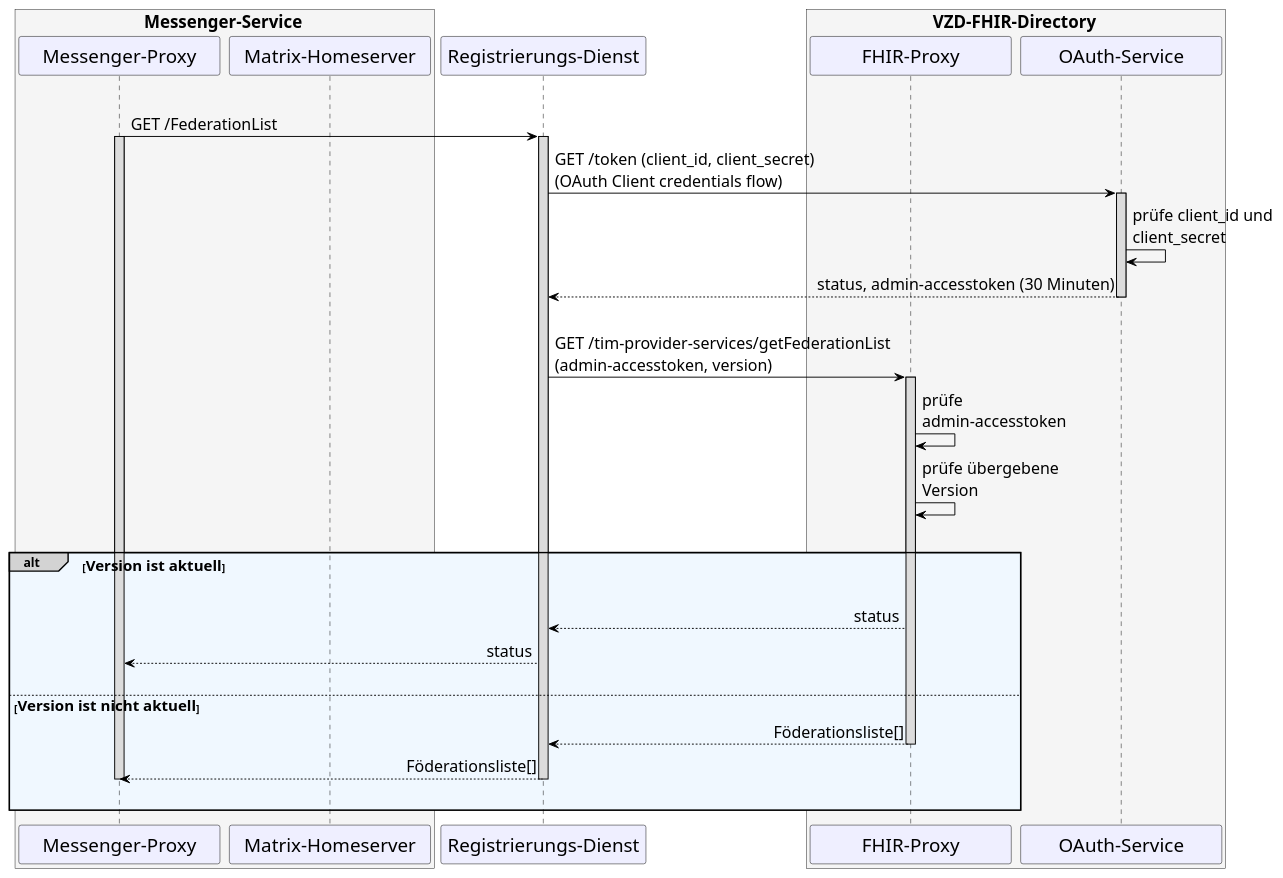
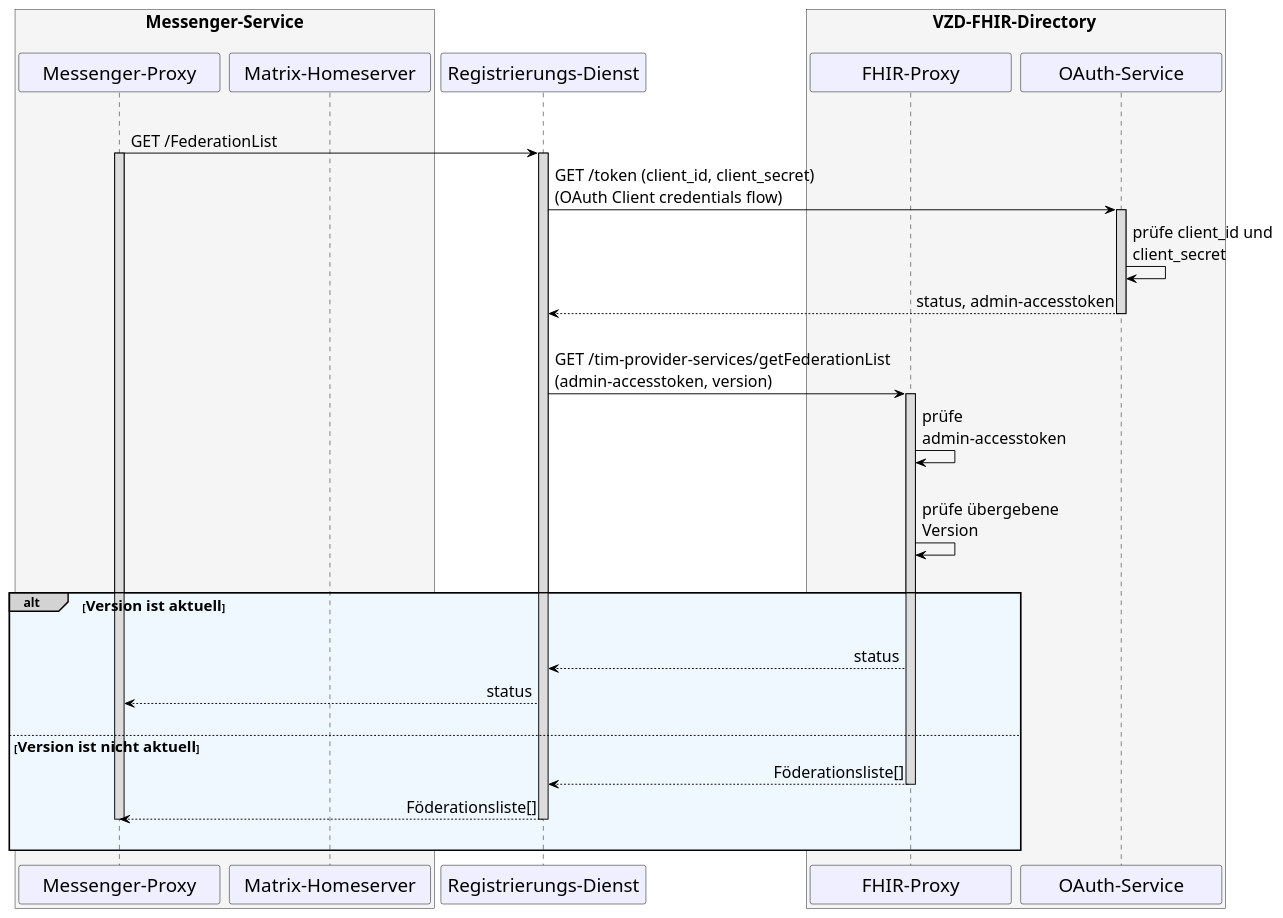
Before and after one commit to gematik/api-ti-messenger: the diagram in src/plantuml/TI-Messenger-Dienst/Ressourcen/UC_Update_Federationlist_Seq.puml, drawn with PlantUML.

```diff
--- a/src/plantuml/TI-Messenger-Dienst/Ressourcen/UC_Update_Federationlist_Seq.puml
+++ b/src/plantuml/TI-Messenger-Dienst/Ressourcen/UC_Update_Federationlist_Seq.puml
@@ -9,71 +9,72 @@
 @startuml
 skinparam sequenceMessageAlign direction
 skinparam minClassWidth 200
 skinparam BoxPadding 1
 skinparam sequenceReferenceHeaderBackgroundColor palegreen
 scale max 2048 width
 
 skinparam sequence {
 ArrowColor black
 ArrowFontSize 17
 ActorBorderColor black
 LifeLineBorderColor black
 LifeLineBackgroundColor Gainsboro
 
 ParticipantBorderColor Motivation
 ParticipantBackgroundColor Motivation
 ParticipantFontName Impact
 ParticipantFontSize 20
 ParticipantFontColor black
 ParticipantBorderColor Black
 ParticipantBackgroundColor MOTIVATION
 
 ActorBackgroundColor Gainsboro
 ActorFontColor black
 ActorFontSize 20
 ActorFontName Aapex
 }
-    box <size:18>Messenger-Service</size> #WhiteSmoke
+    box <size:18>Messenger-Service\n #WhiteSmoke
     participant MP as "Messenger-Proxy"
     participant MH as "Matrix-Homeserver"
     end box
     participant RD as "Registrierungs-Dienst"
     box <size:18>VZD-FHIR-Directory</size> #WhiteSmoke
       participant FP as "FHIR-Proxy"
       participant AS as "OAuth-Service"
     end box
 
   |||
   MP->RD: GET /FederationList 
     Activate MP
     Activate RD
 
   RD->AS: GET /token (client_id, client_secret) \n(OAuth Client credentials flow)
     Activate AS
   AS->AS: prüfe client_id und \nclient_secret
-  AS-->RD: status, admin-accesstoken (30 Minuten)
+  AS-->RD: status, admin-accesstoken 
     Deactivate AS  
 
   |||
   RD->FP: GET /tim-provider-services/getFederationList \n(admin-accesstoken, version)
     Activate FP
   FP->FP: prüfe \nadmin-accesstoken
+  |||
   FP->FP: prüfe übergebene \nVersion
 
 |||
 alt#LightGrey #AliceBlue <size:16>Version ist aktuell</size>
 |||    
 
     FP-->RD: status
     RD-->MP: status
     |||
     
     else <size:16>Version ist nicht aktuell</size>
        FP-->RD: Föderationsliste[]
         Deactivate FP
       RD-->MP: Föderationsliste[]
         Deactivate RD
         deactivate MP
     |||
 end
 @enduml
```
